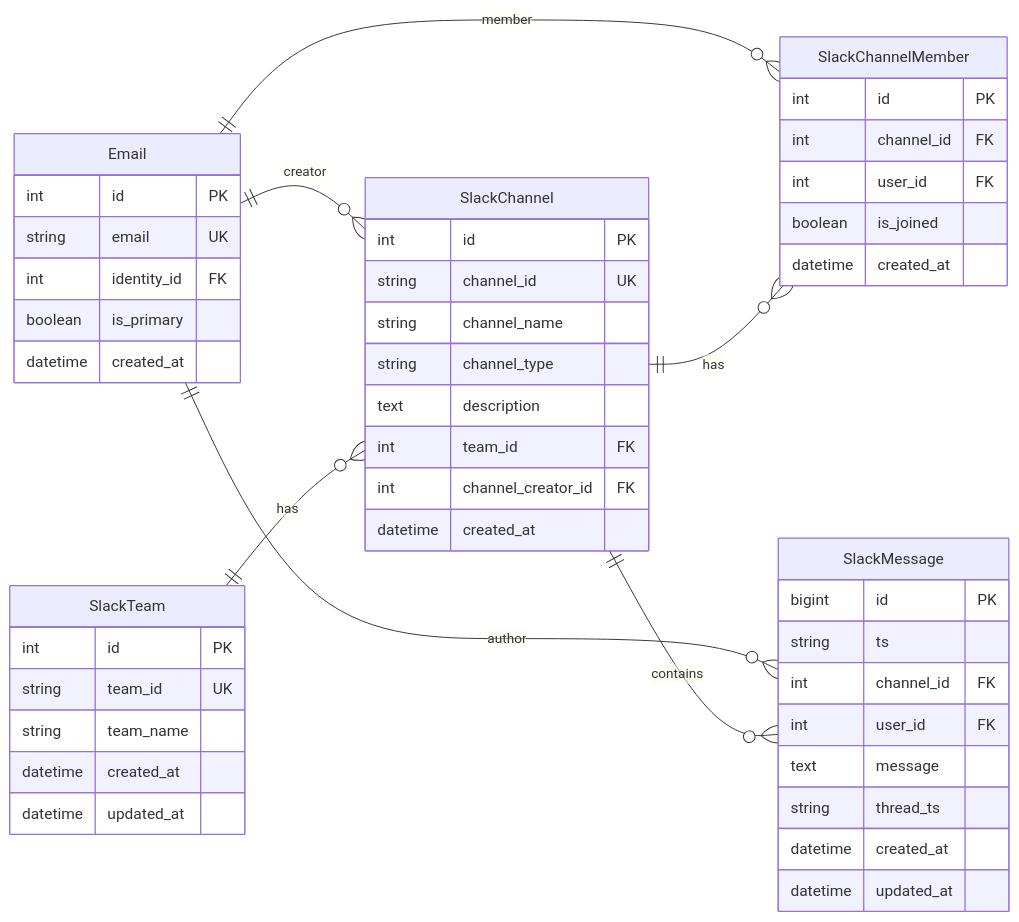
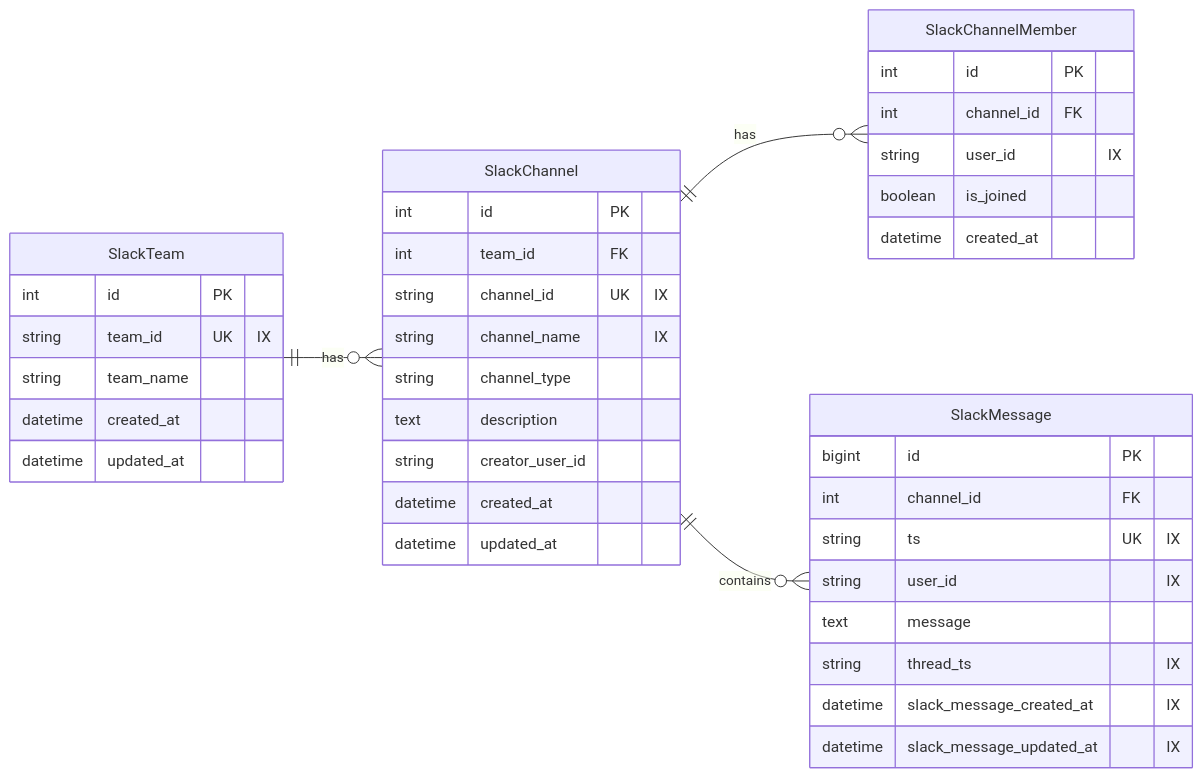
The seventh of 11 diagrams in UnifiedDashboard/GoogleCloudSQLSchema/google_cloud_sql_schema.md (CppDigest/cppa-unified-dashboard), drawn with Mermaid before and after one commit. The commit also changed other lines of this file, not shown here.

Commit message:
#148 - Update the schema according to review feedback

````diff
--- a/UnifiedDashboard/GoogleCloudSQLSchema/google_cloud_sql_schema.md
+++ b/UnifiedDashboard/GoogleCloudSQLSchema/google_cloud_sql_schema.md
@@ -401,57 +482,46 @@
 ```mermaid
 erDiagram
     direction LR
-    Email ||--o{ SlackChannel : "creator"
-    Email ||--o{ SlackChannelMember : "member"
-    Email ||--o{ SlackMessage : "author"
-
     SlackTeam ||--o{ SlackChannel : "has"
     SlackChannel ||--o{ SlackChannelMember : "has"
     SlackChannel ||--o{ SlackMessage : "contains"
 
-    Email {
-        int id PK
-        string email UK
-        int identity_id FK
-        boolean is_primary
-        datetime created_at
-    }
-
     SlackTeam {
         int id PK
-        string team_id UK
+        string team_id UK "IX"
         string team_name
         datetime created_at
         datetime updated_at
     }
 
     SlackChannel {
         int id PK
-        string channel_id UK
-        string channel_name
+        int team_id FK
+        string channel_id UK "IX"
+        string channel_name "IX"
         string channel_type
         text description
-        int team_id FK
-        int channel_creator_id FK
+        string creator_user_id
         datetime created_at
+        datetime updated_at
     }
 
     SlackChannelMember {
         int id PK
         int channel_id FK
-        int user_id FK
+        string user_id "IX"
         boolean is_joined
         datetime created_at
     }
 
     SlackMessage {
         bigint id PK
-        string ts
         int channel_id FK
-        int user_id FK
+        string ts UK "IX"
+        string user_id "IX"
         text message
-        string thread_ts
-        datetime created_at
-        datetime updated_at
+        string thread_ts "IX"
+        datetime slack_message_created_at "IX"
+        datetime slack_message_updated_at "IX"
     }
 ```
````
